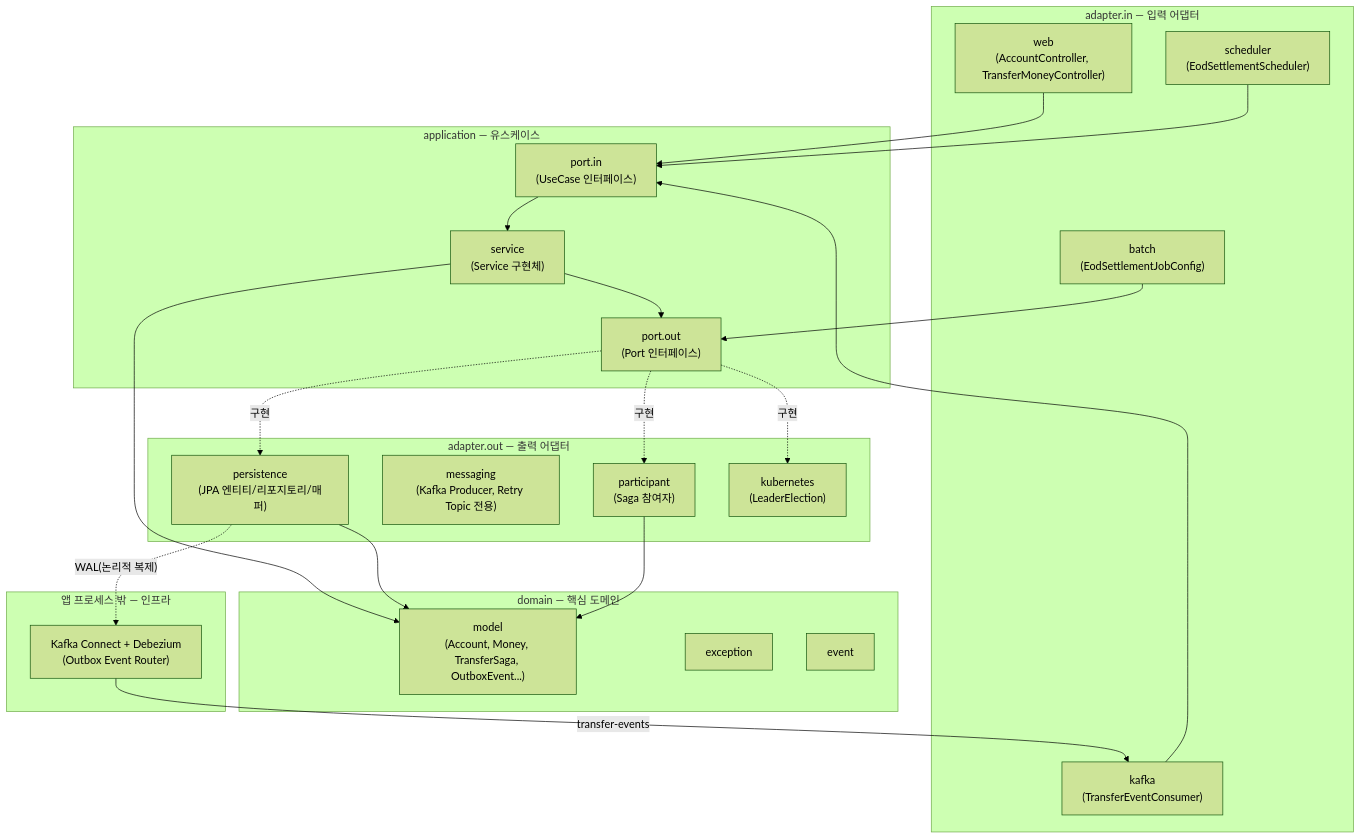
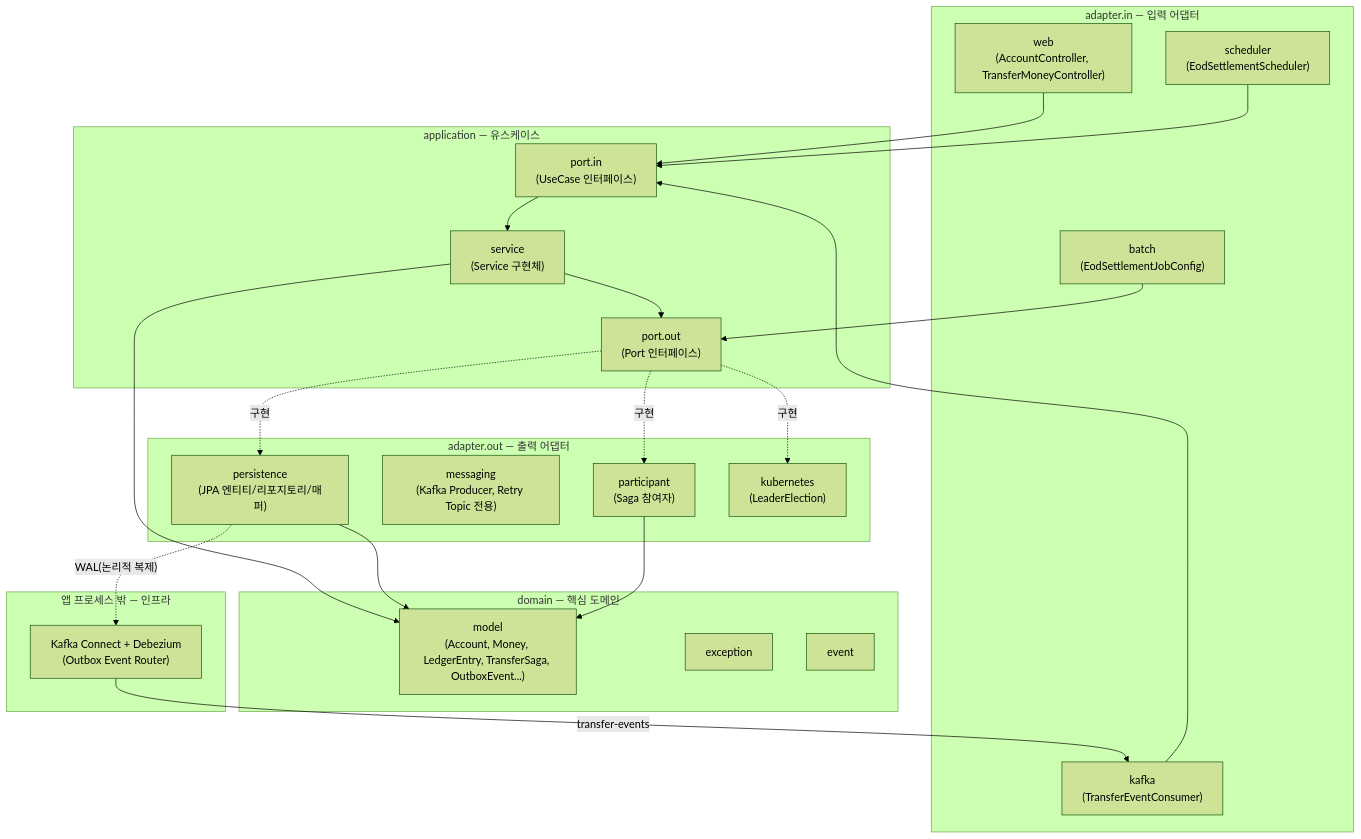
One commit to farmer0010/fbrl-backend changed the diagram in README.md. Above: the diagram before and after it, drawn with Mermaid (forest theme). The commit also changed other lines of this file and 2 other files, not shown here.

Commit message:
docs: 복식부기 원장 도입 반영해 PROGRESS/ARCHITECTURE/README 최신화
- PROGRESS.md: 과제 13(복식부기 원장) 완료 기록 추가, 기술 스택의 stale MariaDB 표기와 이미 완료된 Debezium CDC "보류" 항목 정정
- ARCHITECTURE.md: 결정 9(Account.balance → LedgerEntry 파생값 전환) 추가
- README.md: 트랙1/트랙2 설명과 도메인 모델 다이어그램에 LedgerEntry 반영

````diff
--- a/README.md
+++ b/README.md
@@ -24,51 +24,51 @@
 ```mermaid
 graph TB
     subgraph adapter_in["adapter.in — 입력 어댑터"]
         WEB["web<br/>(AccountController, TransferMoneyController)"]
         KAFKA_IN["kafka<br/>(TransferEventConsumer)"]
         BATCH["batch<br/>(EodSettlementJobConfig)"]
         SCHED["scheduler<br/>(EodSettlementScheduler)"]
     end
 
     subgraph application["application — 유스케이스"]
         PORT_IN["port.in<br/>(UseCase 인터페이스)"]
         SERVICE["service<br/>(Service 구현체)"]
         PORT_OUT["port.out<br/>(Port 인터페이스)"]
     end
 
     subgraph domain["domain — 핵심 도메인"]
-        MODEL["model<br/>(Account, Money, TransferSaga, OutboxEvent...)"]
+        MODEL["model<br/>(Account, Money, LedgerEntry, TransferSaga, OutboxEvent...)"]
         EXC["exception"]
         EVENT["event"]
     end
 
     subgraph adapter_out["adapter.out — 출력 어댑터"]
         PERSIST["persistence<br/>(JPA 엔티티/리포지토리/매퍼)"]
         MSG["messaging<br/>(Kafka Producer, Retry Topic 전용)"]
         PARTICIPANT["participant<br/>(Saga 참여자)"]
         K8S["kubernetes<br/>(LeaderElection)"]
     end
 
     subgraph external_infra["앱 프로세스 밖 — 인프라"]
         CDC["Kafka Connect + Debezium<br/>(Outbox Event Router)"]
     end
 
     WEB --> PORT_IN
     KAFKA_IN --> PORT_IN
     BATCH --> PORT_OUT
     SCHED --> PORT_IN
 
     PORT_IN --> SERVICE
     SERVICE --> MODEL
     SERVICE --> PORT_OUT
 
     PORT_OUT -.구현.-> PERSIST
     PORT_OUT -.구현.-> PARTICIPANT
     PORT_OUT -.구현.-> K8S
 
     PERSIST --> MODEL
     PARTICIPANT --> MODEL
 
     PERSIST -. "WAL(논리적 복제)" .-> CDC
     CDC -- "transfer-events" --> KAFKA_IN
 ```
````
